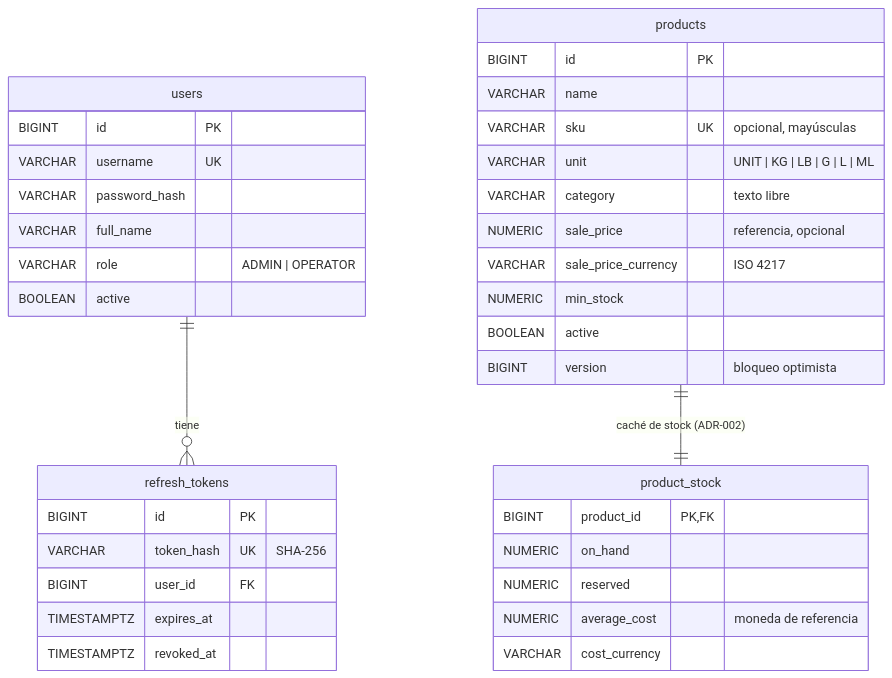
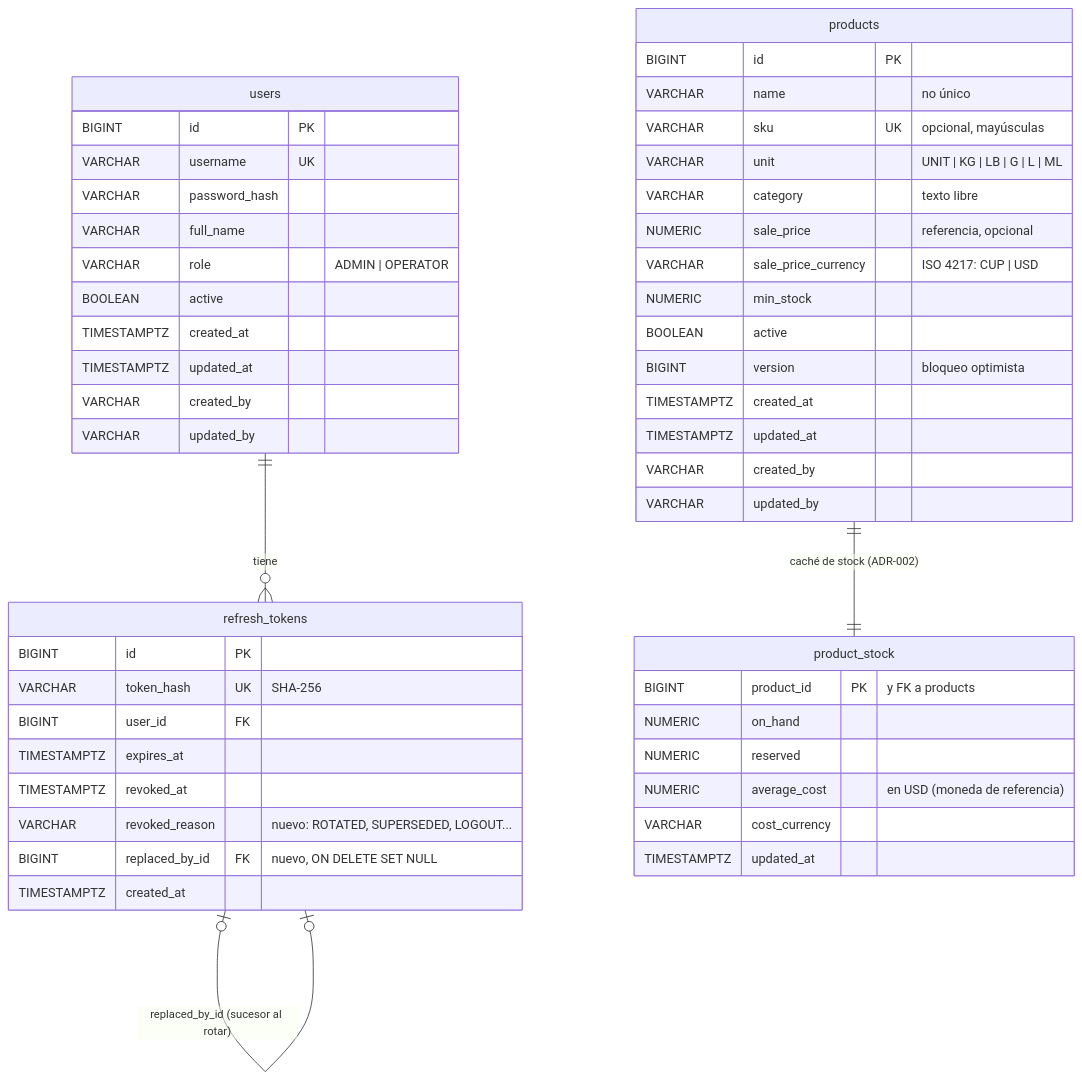
One commit to mariobejerano/cuartico changed the diagram in docs/analysis/diagrams/er.md. Above: the diagram before and after it, drawn with Mermaid. The commit also changed other lines of this file and 6 other files, not shown here.

````diff
--- a/docs/analysis/diagrams/er.md
+++ b/docs/analysis/diagrams/er.md
@@ -5,40 +6,53 @@
 ```mermaid
 erDiagram
     users ||--o{ refresh_tokens : "tiene"
+    refresh_tokens |o--o| refresh_tokens : "replaced_by_id (sucesor al rotar)"
     products ||--|| product_stock : "caché de stock (ADR-002)"
 
     users {
         BIGINT id PK
         VARCHAR username UK
         VARCHAR password_hash
         VARCHAR full_name
         VARCHAR role "ADMIN | OPERATOR"
         BOOLEAN active
+        TIMESTAMPTZ created_at
+        TIMESTAMPTZ updated_at
+        VARCHAR created_by
+        VARCHAR updated_by
     }
     refresh_tokens {
         BIGINT id PK
         VARCHAR token_hash UK "SHA-256"
         BIGINT user_id FK
         TIMESTAMPTZ expires_at
         TIMESTAMPTZ revoked_at
+        VARCHAR revoked_reason "nuevo: ROTATED, SUPERSEDED, LOGOUT..."
+        BIGINT replaced_by_id FK "nuevo, ON DELETE SET NULL"
+        TIMESTAMPTZ created_at
     }
     products {
         BIGINT id PK
-        VARCHAR name
+        VARCHAR name "no único"
         VARCHAR sku UK "opcional, mayúsculas"
         VARCHAR unit "UNIT | KG | LB | G | L | ML"
         VARCHAR category "texto libre"
         NUMERIC sale_price "referencia, opcional"
-        VARCHAR sale_price_currency "ISO 4217"
+        VARCHAR sale_price_currency "ISO 4217: CUP | USD"
         NUMERIC min_stock
         BOOLEAN active
         BIGINT version "bloqueo optimista"
+        TIMESTAMPTZ created_at
+        TIMESTAMPTZ updated_at
+        VARCHAR created_by
+        VARCHAR updated_by
     }
     product_stock {
-        BIGINT product_id PK, FK
+        BIGINT product_id PK "y FK a products"
         NUMERIC on_hand
         NUMERIC reserved
-        NUMERIC average_cost "moneda de referencia"
+        NUMERIC average_cost "en USD (moneda de referencia)"
         VARCHAR cost_currency
+        TIMESTAMPTZ updated_at
     }
 ```
````
